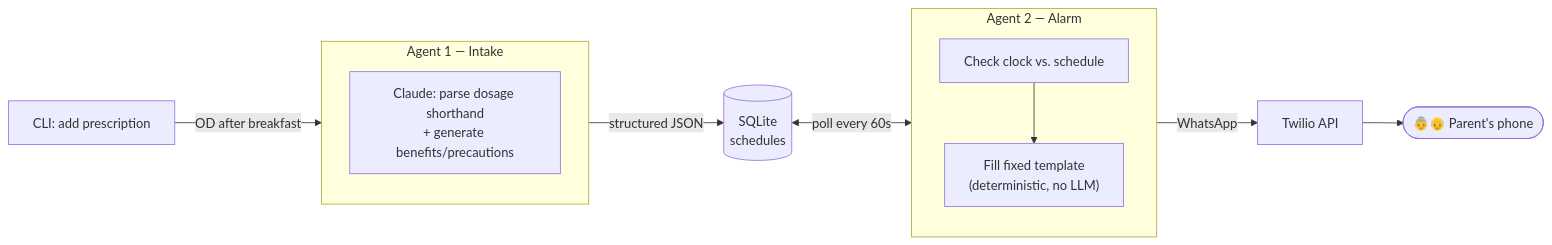
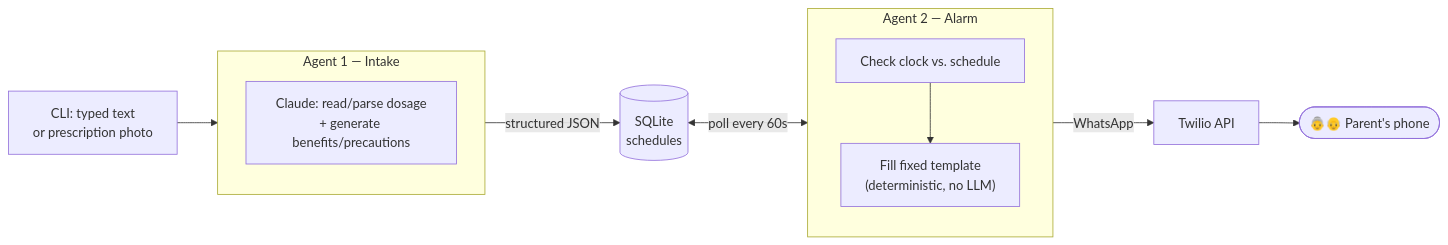
One commit to riya305/medicine-reminder changed the diagram in README.md. Above: the diagram before and after it, drawn with Mermaid. The commit also changed other lines of this file and 3 other files, not shown here.

````diff
--- a/README.md
+++ b/README.md
@@ -15,16 +15,16 @@
 ```mermaid
 flowchart LR
-    CLI["CLI: add prescription"] -->|"OD after breakfast"| A1
+    CLI["CLI: typed text<br/>or prescription photo"] --> A1
     subgraph A1["Agent 1 — Intake"]
         direction TB
-        P["Claude: parse dosage shorthand<br/>+ generate benefits/precautions"]
+        P["Claude: read/parse dosage<br/>+ generate benefits/precautions"]
     end
     A1 -->|"structured JSON"| DB[("SQLite<br/>schedules")]
     DB <-->|"poll every 60s"| A2
     subgraph A2["Agent 2 — Alarm"]
         direction TB
         T["Check clock vs. schedule"] --> F["Fill fixed template<br/>(deterministic, no LLM)"]
     end
     F -->|"WhatsApp"| Twilio["Twilio API"]
     Twilio --> Parent(["👵👴 Parent's phone"])
 ```
````
